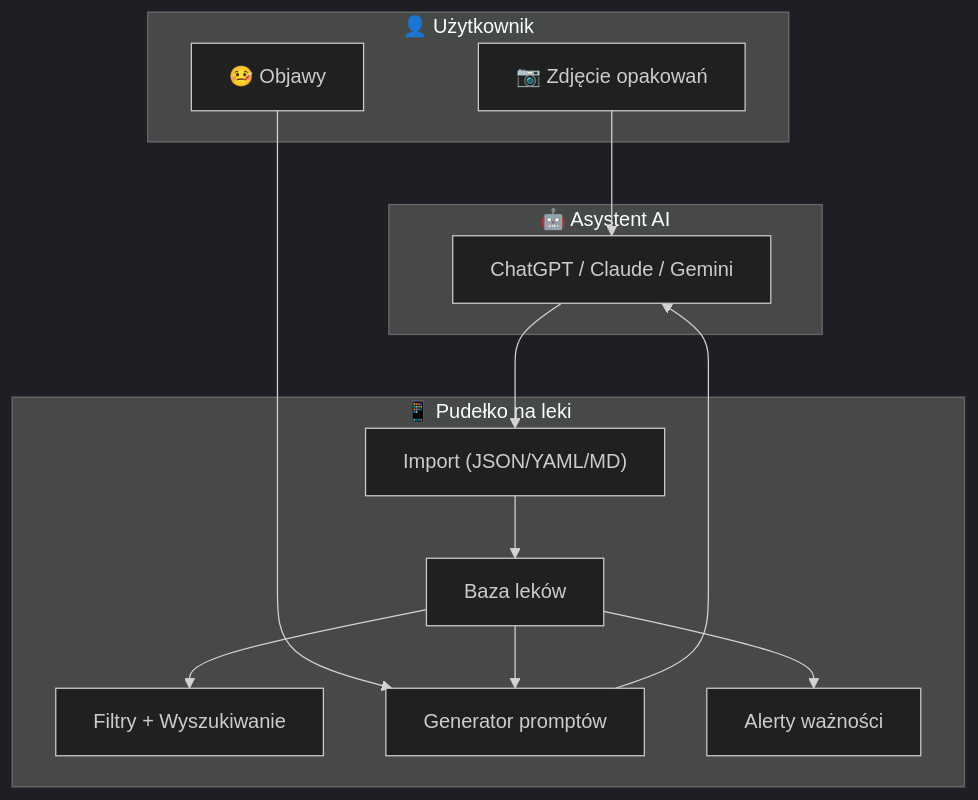
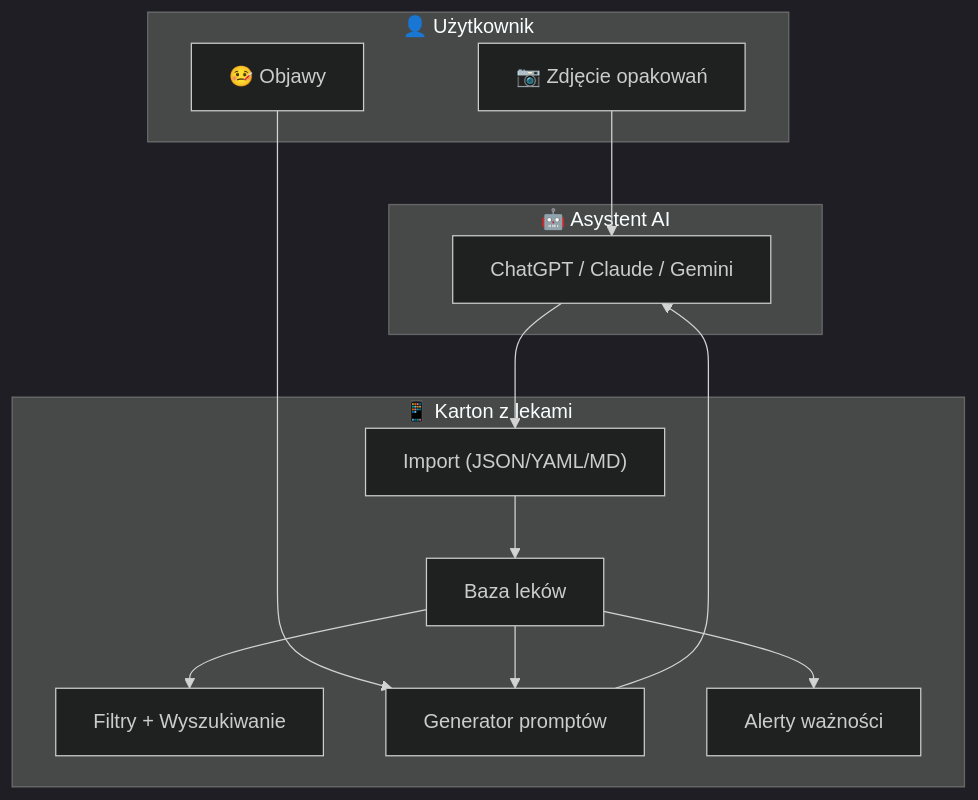
The diagram in docs/architecture.md (Rzempal/APPteczka), drawn with Mermaid (dark theme) before and after one commit. The commit also changed other lines of this file and 3 other files, not shown here.

````diff
--- a/docs/architecture.md
+++ b/docs/architecture.md
@@ -23,28 +23,28 @@
 ```mermaid
 flowchart TB
     subgraph User ["👤 Użytkownik"]
         Photo["📷 Zdjęcie opakowań"]
         Symptoms["🤒 Objawy"]
     end
 
     subgraph AI ["🤖 Asystent AI"]
         GPT["ChatGPT / Claude / Gemini"]
     end
 
-    subgraph App ["📱 Pudełko na leki"]
+    subgraph App ["📱 Karton z lekami"]
         Import["Import (JSON/YAML/MD)"]
         DB["Baza leków"]
         Filters["Filtry + Wyszukiwanie"]
         Generator["Generator promptów"]
         Alerts["Alerty ważności"]
     end
 
     Photo --> GPT
     GPT --> Import
     Import --> DB
     Symptoms --> Generator
     DB --> Generator
     Generator --> GPT
     DB --> Filters
     DB --> Alerts
 ```
````
